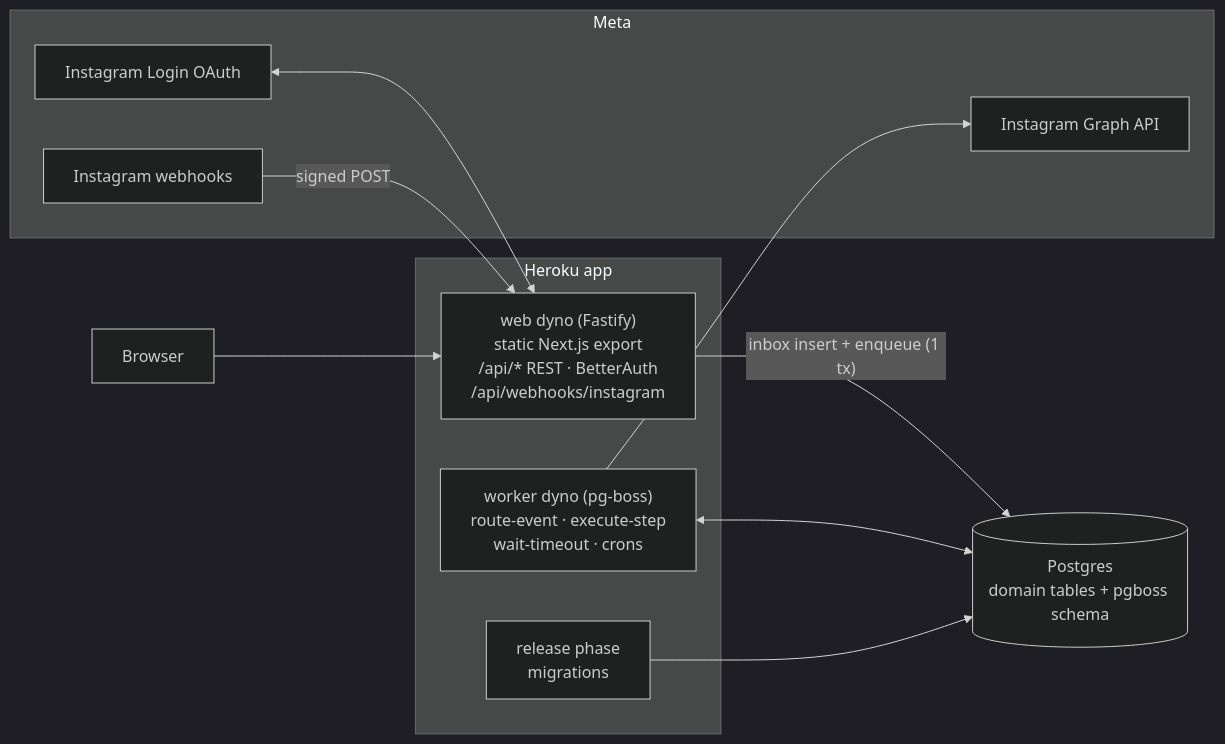
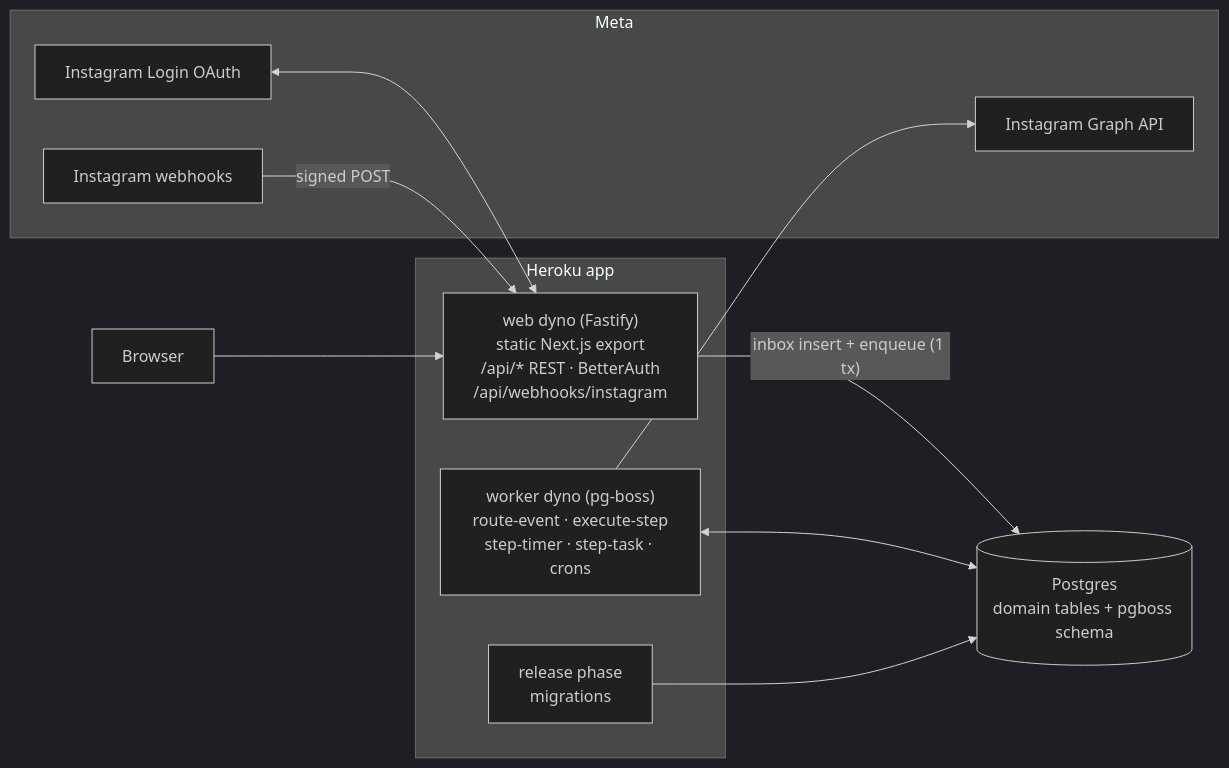
Before and after one commit to ArkadyBuryakov/blotato-tech-challenge: the first of 3 diagrams in docs/architecture.md, drawn with Mermaid (dark theme). The commit also changed other lines of this file and 39 other files, not shown here.

````diff
--- a/docs/architecture.md
+++ b/docs/architecture.md
@@ -37,21 +50,21 @@
 ```mermaid
 flowchart LR
   subgraph Meta
     IGW[Instagram webhooks]
     IGA[Instagram Graph API]
     IGO[Instagram Login OAuth]
   end
   subgraph Heroku app
     WEB["web dyno (Fastify)<br/>static Next.js export<br/>/api/* REST · BetterAuth<br/>/api/webhooks/instagram"]
-    WRK["worker dyno (pg-boss)<br/>route-event · execute-step<br/>wait-timeout · crons"]
+    WRK["worker dyno (pg-boss)<br/>route-event · execute-step<br/>step-timer · step-task · crons"]
     REL[release phase<br/>migrations]
   end
   PG[(Postgres<br/>domain tables + pgboss schema)]
   Browser --> WEB
   IGO <--> WEB
   IGW -- signed POST --> WEB
   WEB -- inbox insert + enqueue (1 tx) --> PG
   WRK <--> PG
   WRK --> IGA
   REL --> PG
 ```
````
